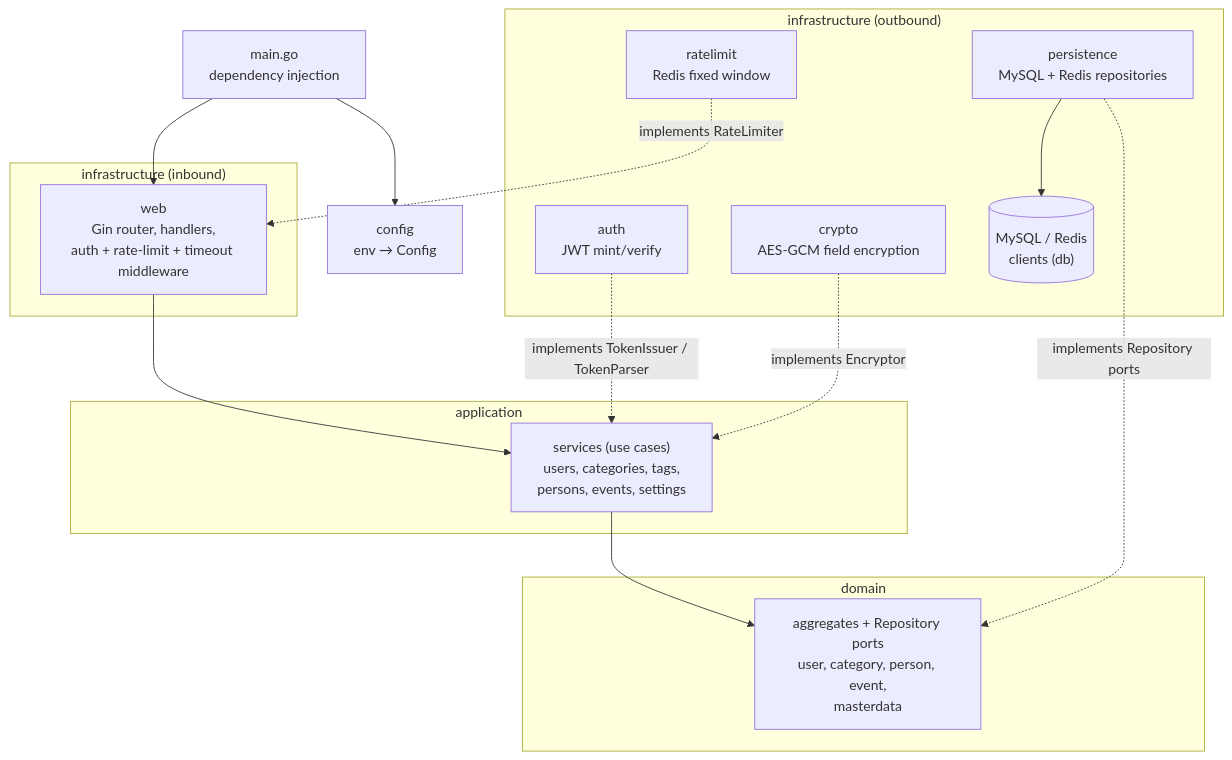
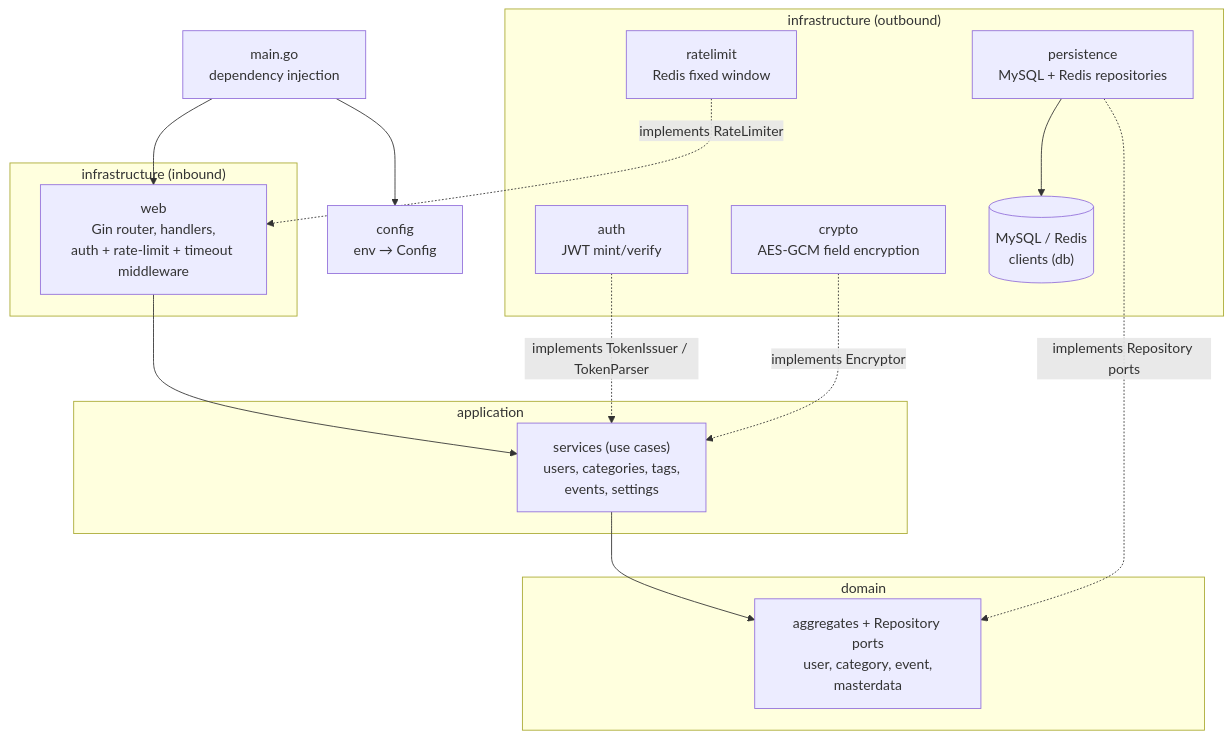
One commit to alkariin/homl changed the diagram in homl-web/docs/architecture.md. Above: the diagram before and after it, drawn with Mermaid. The commit also changed other lines of this file and 4 other files, not shown here.

````diff
--- a/homl-web/docs/architecture.md
+++ b/homl-web/docs/architecture.md
@@ -15,35 +15,35 @@
 ```mermaid
 flowchart TB
     subgraph infra_in ["infrastructure (inbound)"]
         WEB["web<br/>Gin router, handlers,<br/>auth + rate-limit + timeout middleware"]
     end
 
     subgraph app ["application"]
-        SVC["services (use cases)<br/>users, categories, tags,<br/>persons, events, settings"]
+        SVC["services (use cases)<br/>users, categories, tags,<br/>events, settings"]
     end
 
     subgraph dom ["domain"]
-        MODEL["aggregates + Repository ports<br/>user, category, person, event,<br/>masterdata"]
+        MODEL["aggregates + Repository ports<br/>user, category, event,<br/>masterdata"]
     end
 
     subgraph infra_out ["infrastructure (outbound)"]
         PERS["persistence<br/>MySQL + Redis repositories"]
         AUTH["auth<br/>JWT mint/verify"]
         CRYPTO["crypto<br/>AES-GCM field encryption"]
         RL["ratelimit<br/>Redis fixed window"]
         DB[("MySQL / Redis<br/>clients (db)")]
     end
 
     CFG["config<br/>env → Config"]
     MAIN["main.go<br/>dependency injection"]
 
     WEB --> SVC
     SVC --> MODEL
     PERS -. implements Repository ports .-> MODEL
     AUTH -. implements TokenIssuer / TokenParser .-> SVC
     CRYPTO -. implements Encryptor .-> SVC
     RL -. implements RateLimiter .-> WEB
     PERS --> DB
     MAIN --> CFG
     MAIN --> WEB
 ```
````
